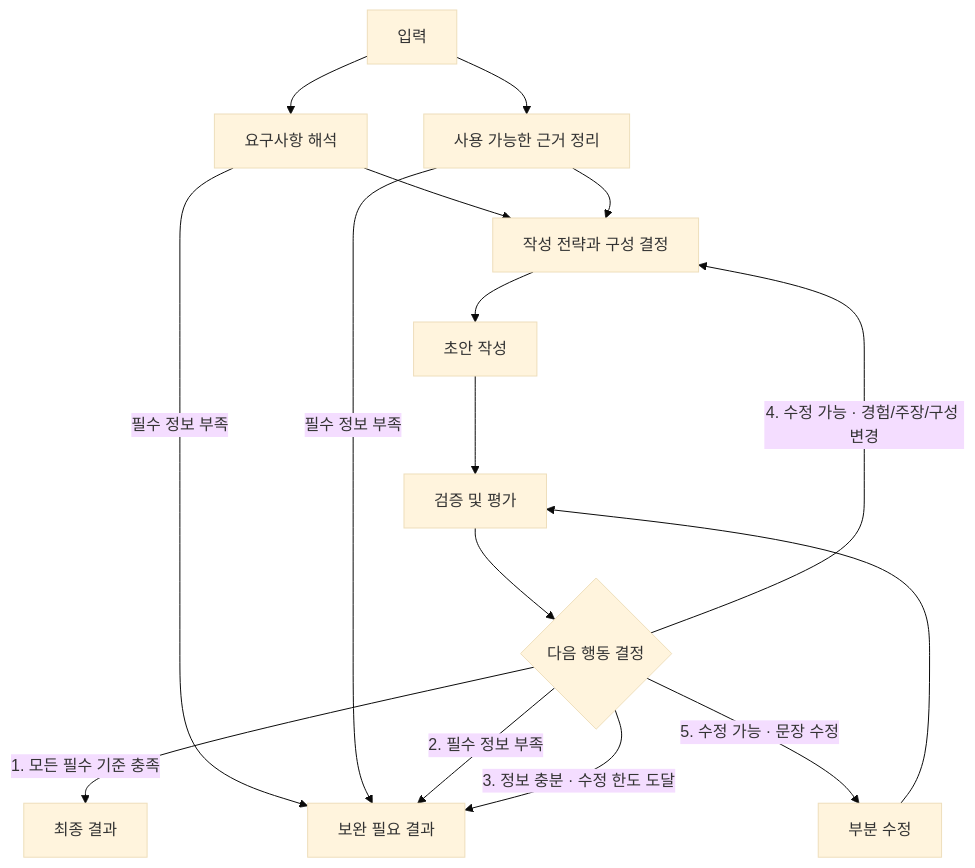
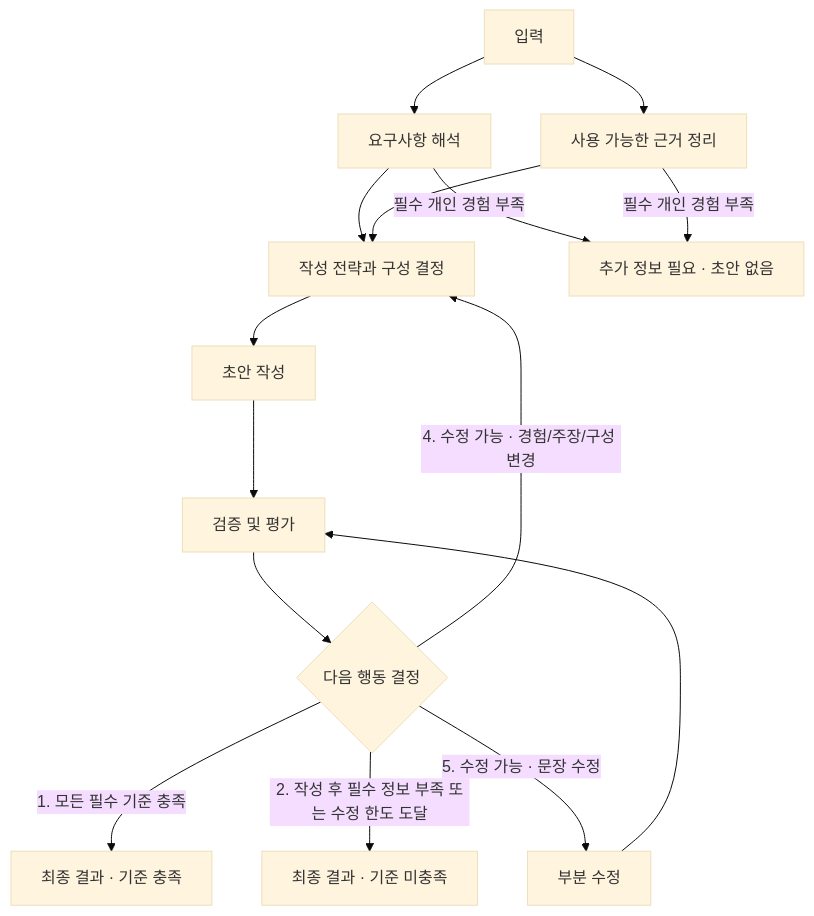
Before and after one commit to gukastan/essay-service: the diagram in docs/TECH_DESIGN_V2.md, drawn with Mermaid (base theme). The commit also changed other lines of this file and 51 other files, not shown here.

````diff
--- a/docs/TECH_DESIGN_V2.md
+++ b/docs/TECH_DESIGN_V2.md
@@ -24,18 +24,17 @@
 ```mermaid
 flowchart TD
   A[입력] --> B[요구사항 해석]
   A --> C[사용 가능한 근거 정리]
   B --> D[작성 전략과 구성 결정]
   C --> D
-  B -->|필수 정보 부족| J[보완 필요 결과]
-  C -->|필수 정보 부족| J
+  B -->|필수 개인 경험 부족| N[추가 정보 필요 · 초안 없음]
+  C -->|필수 개인 경험 부족| N
   D --> E[초안 작성]
   E --> F[검증 및 평가]
   F --> G{다음 행동 결정}
-  G -->|1. 모든 필수 기준 충족| H[최종 결과]
-  G -->|2. 필수 정보 부족| J
-  G -->|3. 정보 충분 · 수정 한도 도달| J
+  G -->|1. 모든 필수 기준 충족| H[최종 결과 · 기준 충족]
+  G -->|2. 작성 후 필수 정보 부족 또는 수정 한도 도달| U[최종 결과 · 기준 미충족]
   G -->|4. 수정 가능 · 경험/주장/구성 변경| D
   G -->|5. 수정 가능 · 문장 수정| I[부분 수정]
   I --> F
 ```
````
